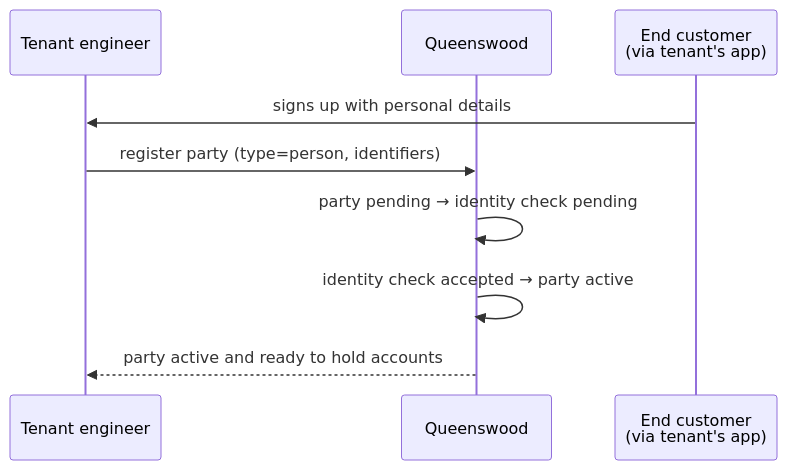
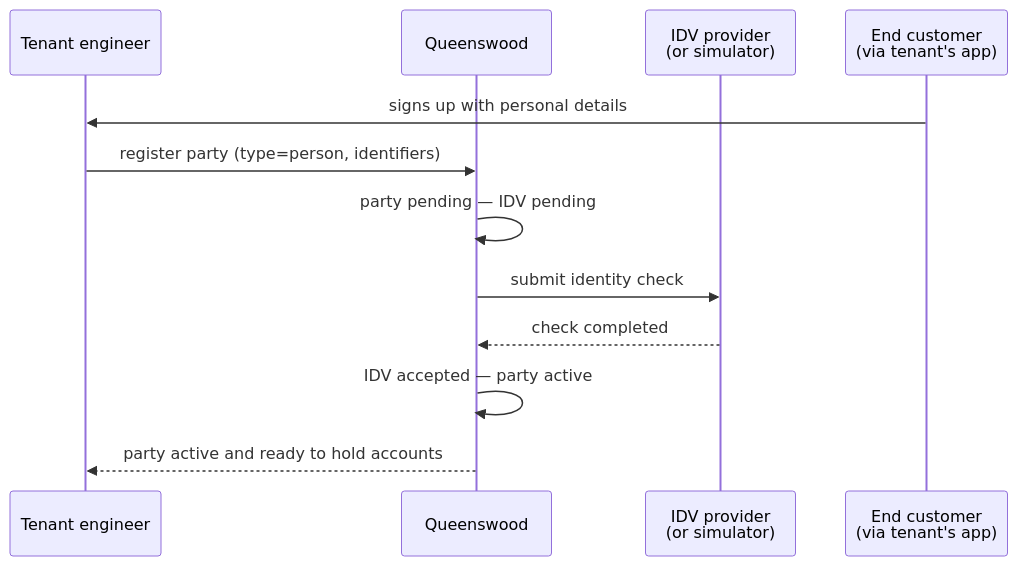
The second of 5 diagrams in docs/prd/platform.md (kjothen/queenswood), drawn with Mermaid before and after one commit. The commit also changed other lines of this file and 215 other files, not shown here.

````diff
--- a/docs/prd/platform.md
+++ b/docs/prd/platform.md
@@ -170,12 +170,15 @@
 ```mermaid
 sequenceDiagram
     participant T as Tenant engineer
     participant Q as Queenswood
+    participant I as IDV provider<br/>(or simulator)
     participant E as End customer<br/>(via tenant's app)
 
     E->>T: signs up with personal details
     T->>Q: register party (type=person, identifiers)
-    Q->>Q: party pending → identity check pending
-    Q->>Q: identity check accepted → party active
+    Q->>Q: party pending — IDV pending
+    Q->>I: submit identity check
+    I-->>Q: check completed
+    Q->>Q: IDV accepted — party active
     Q-->>T: party active and ready to hold accounts
 ```
````
